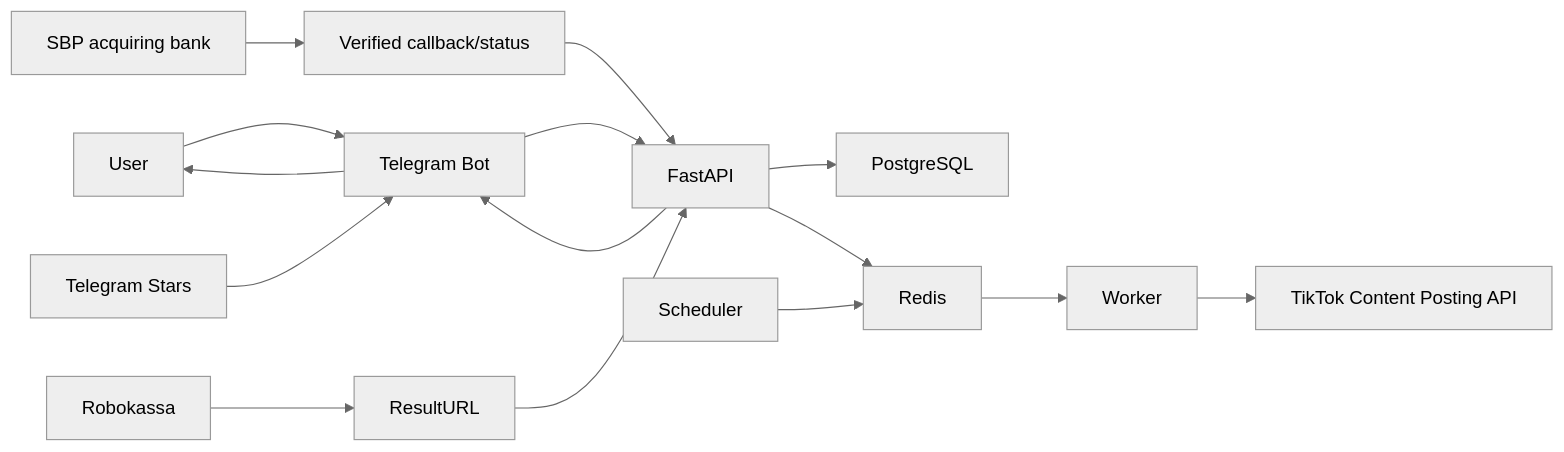
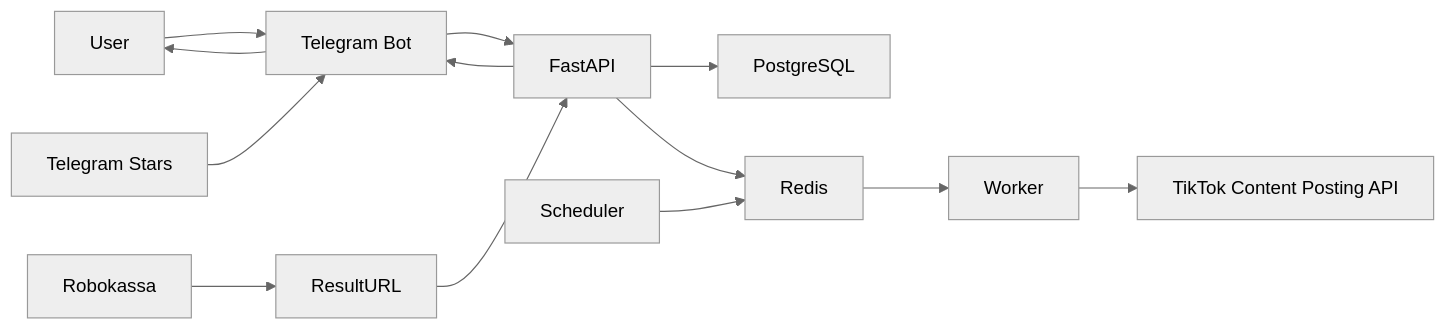
The diagram in docs/component-map.md (kredavto/Tik-Tok-bot-Rus-2), drawn with Mermaid (neutral theme) before and after one commit. The commit also changed other lines of this file and 25 other files, not shown here.

````diff
--- a/docs/component-map.md
+++ b/docs/component-map.md
@@ -23,17 +22,15 @@
 ```mermaid
 flowchart LR
     User["User"] --> Bot["Telegram Bot"]
     Bot --> API["FastAPI"]
     API --> DB["PostgreSQL"]
     API --> Redis["Redis"]
     Scheduler["Scheduler"] --> Redis
     Redis --> Worker["Worker"]
     Worker --> TikTok["TikTok Content Posting API"]
     Stars["Telegram Stars"] --> Bot
     Robokassa["Robokassa"] --> ResultURL["ResultURL"]
-    SBP["SBP acquiring bank"] --> PaymentCallback["Verified callback/status"]
-    PaymentCallback --> API
     ResultURL --> API
     API --> Bot
     Bot --> User
 ```
````
